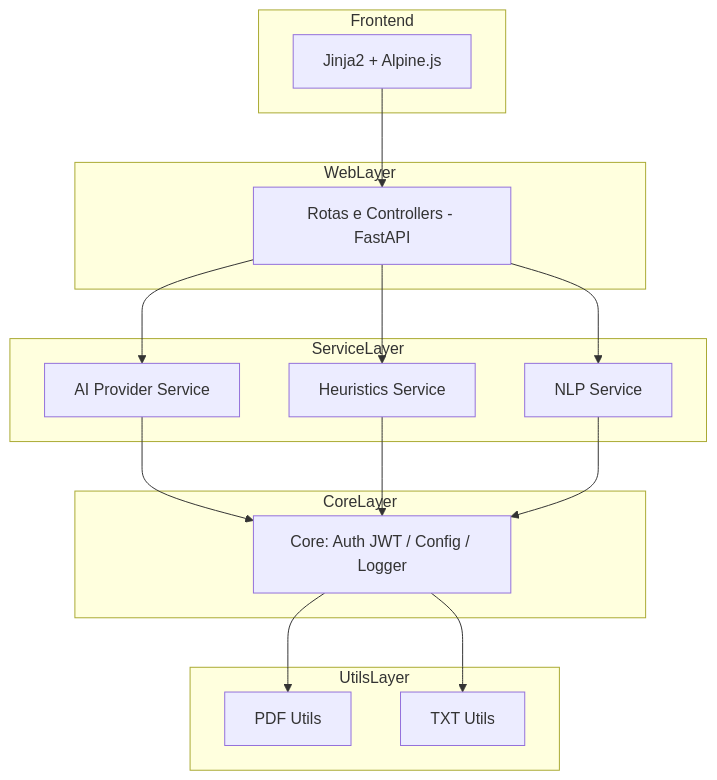
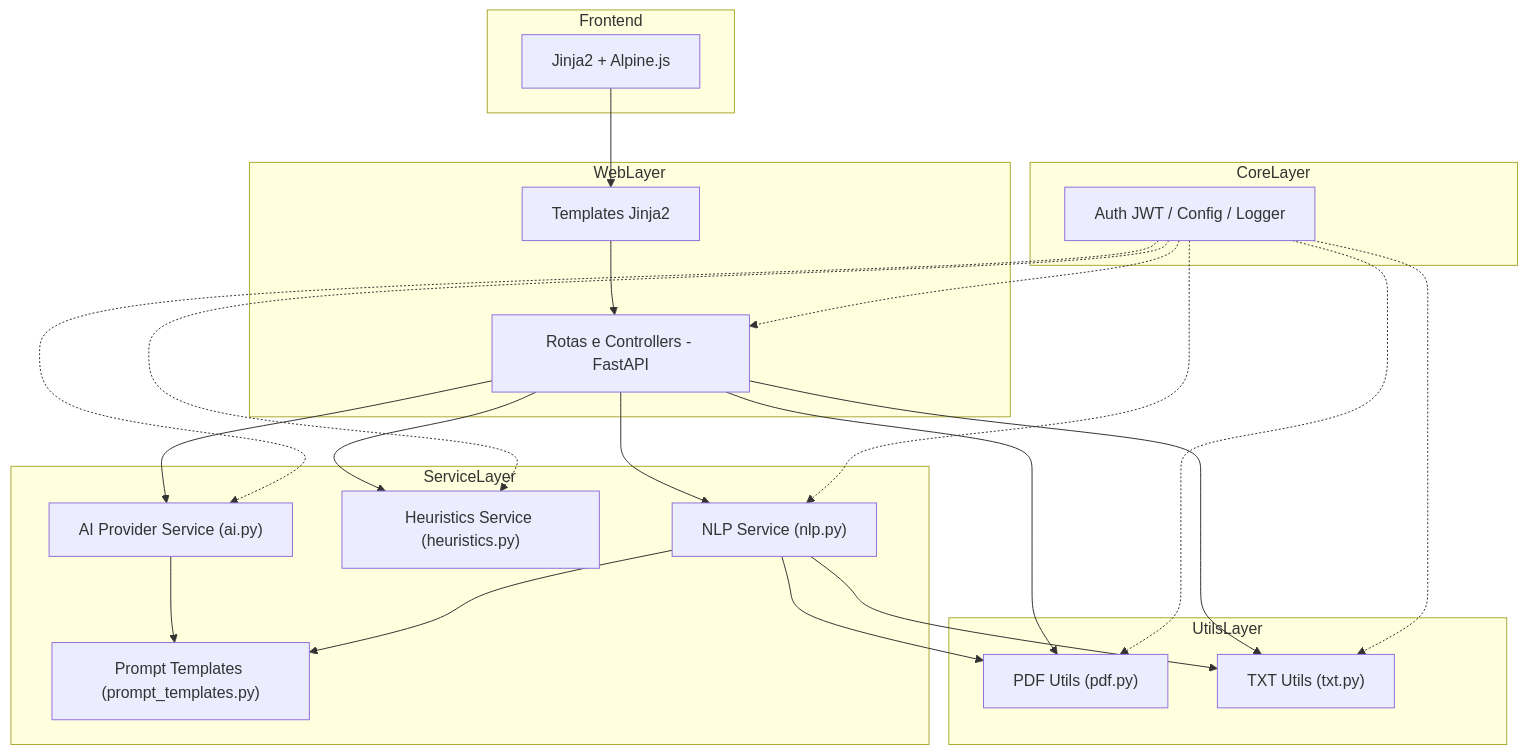
Before and after one commit to devpovoa/autou-email-classifier: the diagram in README.md, drawn with Mermaid.

Commit message:
Revise flowchart for service and utility layers
Updated the flowchart in README.md to reflect changes in service and utility layers.

````diff
--- a/README.md
+++ b/README.md
@@ -305,43 +305,59 @@
 ```mermaid
    flowchart TB
     %%{init: {"flowchart": {"htmlLabels": false}} }%%
 
-    %% Frontend
+    %% Frontend (templates + JS leve)
     subgraph Frontend
-        A["Jinja2 + Alpine.js"]
+        FE["Jinja2 + Alpine.js"]
     end
 
     %% Web Layer
     subgraph WebLayer
-        B["Rotas e Controllers - FastAPI"]
+        WEB["Rotas e Controllers - FastAPI"]
+        TPL["Templates Jinja2"]
     end
 
     %% Service Layer
     subgraph ServiceLayer
-        C1["AI Provider Service"]
-        C2["Heuristics Service"]
-        C3["NLP Service"]
+        S_AI["AI Provider Service (ai.py)"]
+        S_HEU["Heuristics Service (heuristics.py)"]
+        S_NLP["NLP Service (nlp.py)"]
+        S_PROMPT["Prompt Templates (prompt_templates.py)"]
     end
 
-    %% Core Layer (agregado para reduzir arestas)
+    %% Core (cross-cutting)
     subgraph CoreLayer
-        D["Core: Auth JWT / Config / Logger"]
+        CORE["Auth JWT / Config / Logger"]
     end
 
     %% Utils
     subgraph UtilsLayer
-        E1["PDF Utils"]
-        E2["TXT Utils"]
+        U_PDF["PDF Utils (pdf.py)"]
+        U_TXT["TXT Utils (txt.py)"]
     end
 
-    %% Ligações
-    A --> B
-    B --> C1
-    B --> C2
-    B --> C3
-    C1 --> D
-    C2 --> D
-    C3 --> D
-    D --> E1
-    D --> E2
+    %% Fluxo principal
+    FE --> TPL --> WEB
+    WEB --> S_AI
+    WEB --> S_HEU
+    WEB --> S_NLP
+
+    %% Relações internas de services
+    S_AI --> S_PROMPT
+    S_NLP --> S_PROMPT
+
+    %% Utils usados por Web e Services
+    WEB --> U_PDF
+    WEB --> U_TXT
+    S_NLP --> U_TXT
+    S_NLP --> U_PDF
+
+    %% Core é transversal (config, logger, auth)
+    CORE -.-> WEB
+    CORE -.-> S_AI
+    CORE -.-> S_HEU
+    CORE -.-> S_NLP
+    CORE -.-> U_PDF
+    CORE -.-> U_TXT
+
 ```
````
